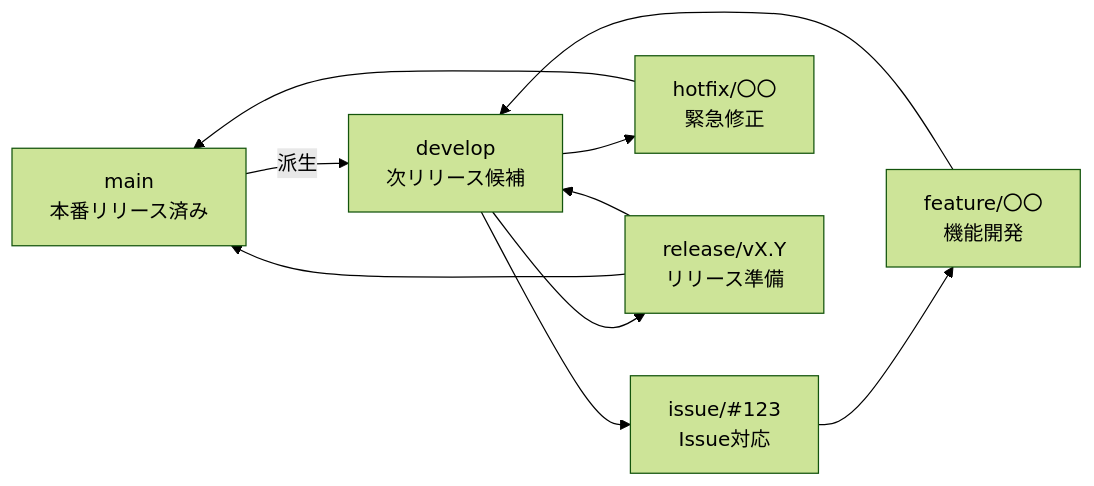
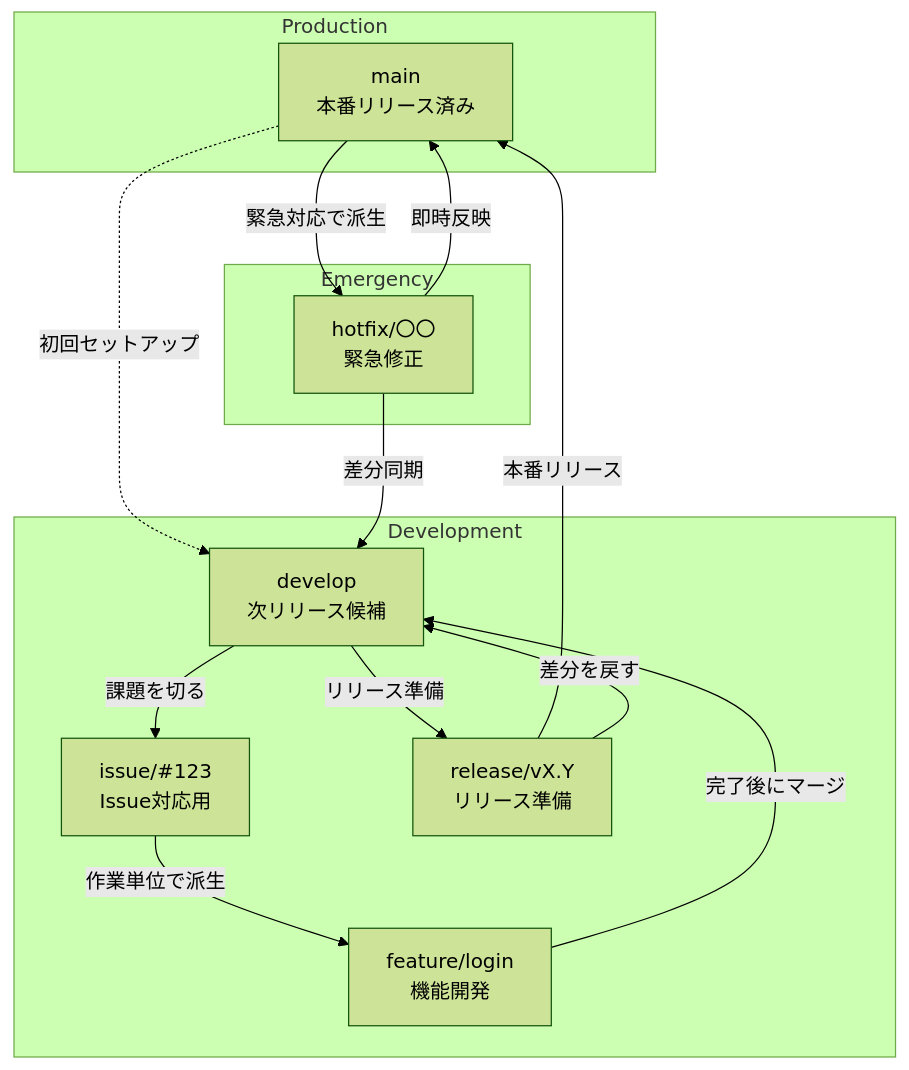
Before and after one commit to AIML-study-Masuda-group/.github: the diagram in profile/README.md, drawn with Mermaid (forest theme).

Commit message:
Improve GitFlow diagram clarity

````diff
--- a/profile/README.md
+++ b/profile/README.md
@@ -48,12 +48,30 @@
 ```mermaid
-graph LR
-    A[main\n本番リリース済み] -->|派生| B[develop\n次リリース候補]
-    B --> F[issue/#123\nIssue対応]
-    F --> C[feature/〇〇\n機能開発]
-    B --> D[hotfix/〇〇\n緊急修正]
-    B --> E[release/vX.Y\nリリース準備]
-    D --> A
-    C --> B
-    E --> A
-    E --> B
+flowchart TD
+    subgraph Production
+        MAIN[main<br/>本番リリース済み]
+    end
+
+    subgraph Development
+        DEV[develop<br/>次リリース候補]
+        ISSUE[issue/#123<br/>Issue対応用]
+        FEATURE[feature/login<br/>機能開発]
+        RELEASE[release/vX.Y<br/>リリース準備]
+    end
+
+    subgraph Emergency
+        HOTFIX[hotfix/〇〇<br/>緊急修正]
+    end
+
+    MAIN -. 初回セットアップ .-> DEV
+    DEV -->|課題を切る| ISSUE
+    ISSUE -->|作業単位で派生| FEATURE
+    FEATURE -->|完了後にマージ| DEV
+
+    DEV -->|リリース準備| RELEASE
+    RELEASE -->|本番リリース| MAIN
+    RELEASE -->|差分を戻す| DEV
+
+    MAIN -->|緊急対応で派生| HOTFIX
+    HOTFIX -->|即時反映| MAIN
+    HOTFIX -->|差分同期| DEV
 ```
````
